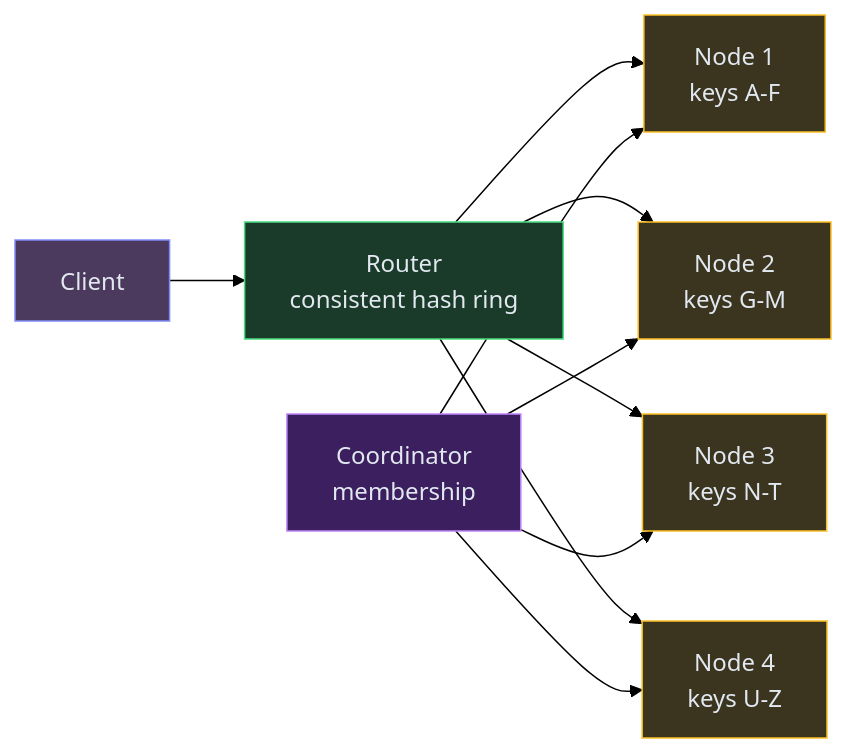
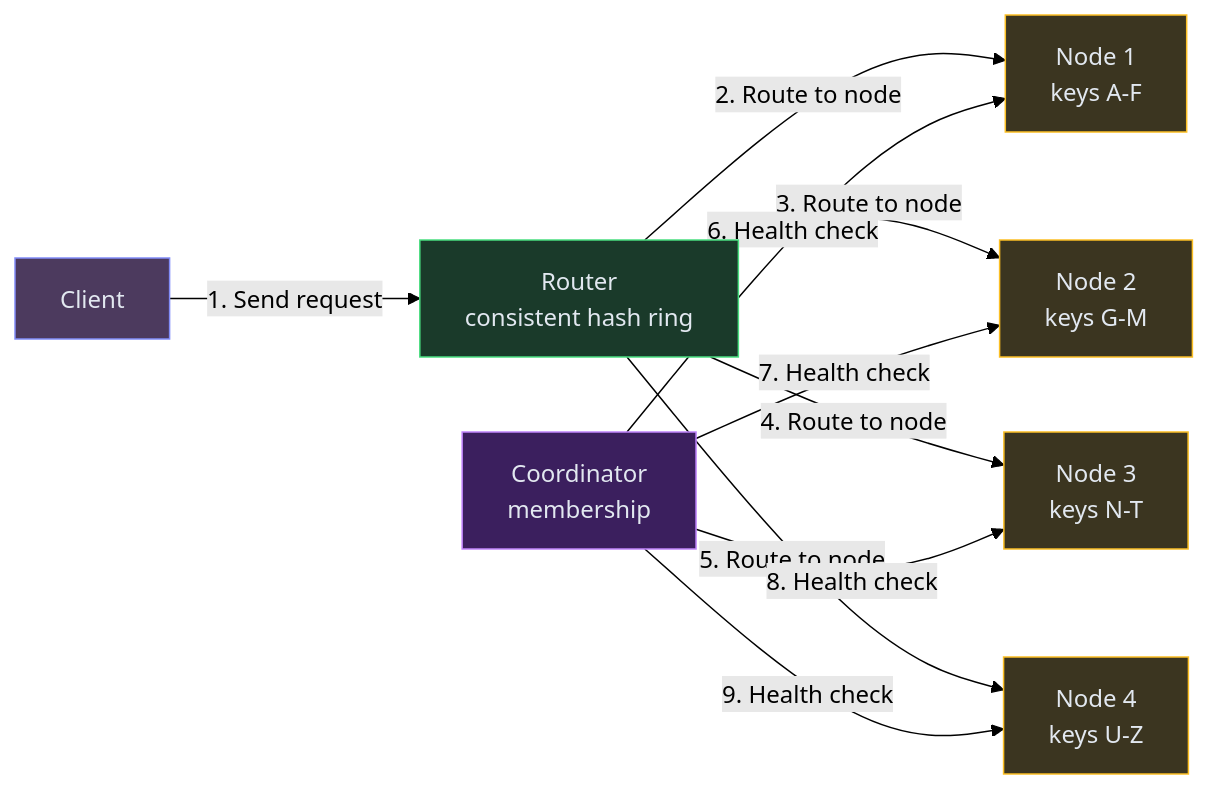
The second of 10 diagrams in content/hld/KeyValueStore.md (iluzn/HLD-Designs), drawn with Mermaid (forest theme) before and after one commit. The commit also changed other lines of this file and 27 other files, not shown here.

````diff
--- a/content/hld/KeyValueStore.md
+++ b/content/hld/KeyValueStore.md
@@ -162,25 +162,25 @@
 ```mermaid
 flowchart LR
     C["Client"]:::client
     R["Router<br/>consistent hash ring"]:::service
     N1["Node 1<br/>keys A-F"]:::data
     N2["Node 2<br/>keys G-M"]:::data
     N3["Node 3<br/>keys N-T"]:::data
     N4["Node 4<br/>keys U-Z"]:::data
     COORD["Coordinator<br/>membership"]:::async
 
-    C --> R
-    R --> N1
-    R --> N2
-    R --> N3
-    R --> N4
-    COORD --> N1
-    COORD --> N2
-    COORD --> N3
-    COORD --> N4
+    C -->|"1. Send request"| R
+    R -->|"2. Route to node"| N1
+    R -->|"3. Route to node"| N2
+    R -->|"4. Route to node"| N3
+    R -->|"5. Route to node"| N4
+    COORD -->|"6. Health check"| N1
+    COORD -->|"7. Health check"| N2
+    COORD -->|"8. Health check"| N3
+    COORD -->|"9. Health check"| N4
 
     classDef client fill:#4c3a5e,stroke:#818cf8,color:#e2e8f0
     classDef service fill:#1a3a2a,stroke:#4ade80,color:#e2e8f0
     classDef data fill:#3b3520,stroke:#fbbf24,color:#e2e8f0
     classDef async fill:#3b1f5e,stroke:#c084fc,color:#e2e8f0
 ```
````
